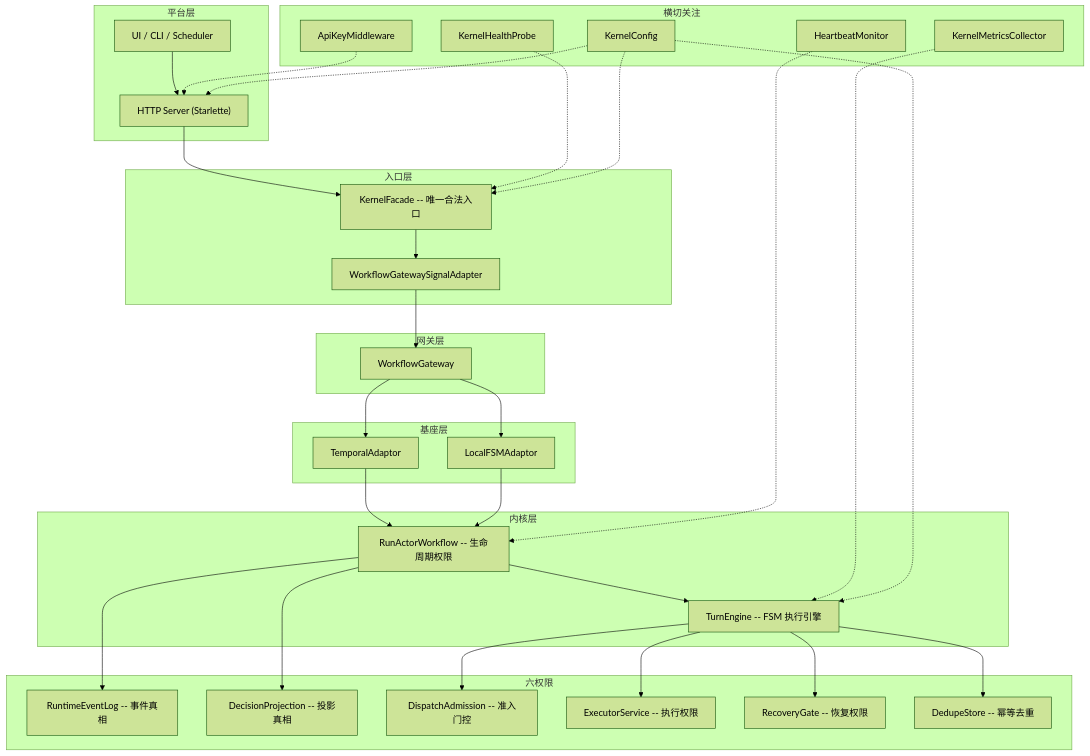
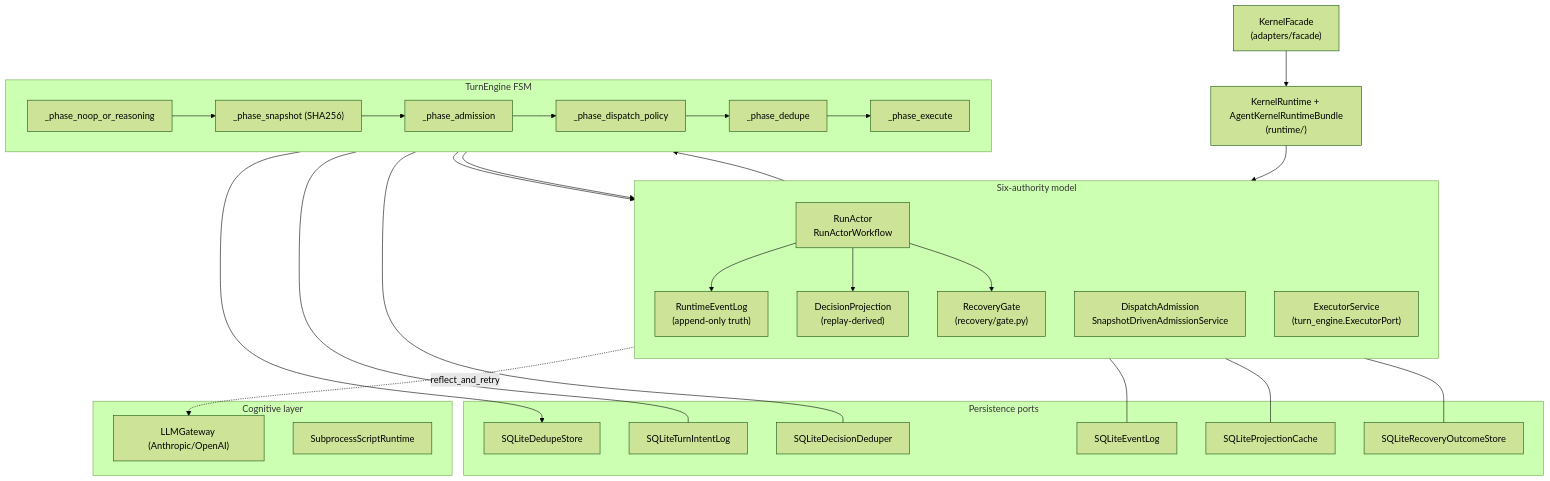
One commit to chaosxingxc-orion/hi-agent changed the second of 4 diagrams in agent_kernel/ARCHITECTURE.md. Above: the diagram before and after it, drawn with Mermaid (forest theme). The commit also changed other lines of this file and 25 other files, not shown here.

First line of the commit message:
[W35-corrective] Refresh ARCHITECTURE.md hierarchy + add missing READMEs

````diff
--- a/agent_kernel/ARCHITECTURE.md
+++ b/agent_kernel/ARCHITECTURE.md
@@ -16,66 +109,56 @@
 ```mermaid
-graph TB
-  subgraph Platform["平台层"]
-    UI["UI / CLI / Scheduler"]
-    HTTP["HTTP Server (Starlette)"]
+flowchart TB
+  KF["KernelFacade<br/>(adapters/facade)"]
+  RT["KernelRuntime + AgentKernelRuntimeBundle<br/>(runtime/)"]
+
+  subgraph six["Six-authority model"]
+    direction TB
+    RA["RunActor<br/>RunActorWorkflow"]
+    EL["RuntimeEventLog<br/>(append-only truth)"]
+    DP["DecisionProjection<br/>(replay-derived)"]
+    DA["DispatchAdmission<br/>SnapshotDrivenAdmissionService"]
+    EX["ExecutorService<br/>(turn_engine.ExecutorPort)"]
+    RG["RecoveryGate<br/>(recovery/gate.py)"]
   end
 
-  subgraph Facade["入口层"]
-    KF["KernelFacade -- 唯一合法入口"]
-    WA["WorkflowGatewaySignalAdapter"]
+  subgraph turn["TurnEngine FSM"]
+    direction LR
+    P1["_phase_noop_or_reasoning"]
+    P2["_phase_snapshot (SHA256)"]
+    P3["_phase_admission"]
+    P4["_phase_dispatch_policy"]
+    P5["_phase_dedupe"]
+    P6["_phase_execute"]
+    P1 --> P2 --> P3 --> P4 --> P5 --> P6
   end
 
-  subgraph Gateway["网关层"]
-    GW["WorkflowGateway"]
+  subgraph persist["Persistence ports"]
+    SEL["SQLiteEventLog"]
+    SDS["SQLiteDedupeStore"]
+    SDD["SQLiteDecisionDeduper"]
+    SROS["SQLiteRecoveryOutcomeStore"]
+    STIL["SQLiteTurnIntentLog"]
+    SPC["SQLiteProjectionCache"]
   end
 
-  subgraph Substrate["基座层"]
-    TP["TemporalAdaptor"]
-    LF["LocalFSMAdaptor"]
+  subgraph cog["Cognitive layer"]
+    LLMG["LLMGateway (Anthropic/OpenAI)"]
+    SR["SubprocessScriptRuntime"]
   end
 
-  subgraph Core["内核层"]
-    RA["RunActorWorkflow -- 生命周期权限"]
-    TE["TurnEngine -- FSM 执行引擎"]
-  end
-
-  subgraph Authorities["六权限"]
-    EL["RuntimeEventLog -- 事件真相"]
-    PJ["DecisionProjection -- 投影真相"]
-    AD["DispatchAdmission -- 准入门控"]
-    EX["ExecutorService -- 执行权限"]
-    RG["RecoveryGate -- 恢复权限"]
-    DD["DedupeStore -- 幂等去重"]
-  end
-
-  subgraph CrossCutting["横切关注"]
-    MT["KernelMetricsCollector"]
-    HB["HeartbeatMonitor"]
-    HP["KernelHealthProbe"]
-    AU["ApiKeyMiddleware"]
-    CF["KernelConfig"]
-  end
-
-  UI --> HTTP
-  HTTP --> KF
-  KF --> WA
-  WA --> GW
-  GW --> TP
-  GW --> LF
-  TP --> RA
-  LF --> RA
+  KF --> RT
+  RT --> RA
   RA --> EL
-  RA --> PJ
-  RA --> TE
-  TE --> AD
-  TE --> EX
-  TE --> RG
-  TE --> DD
-  MT -.-> TE
-  HB -.-> RA
-  HP -.-> KF
-  AU -.-> HTTP
-  CF -.-> KF
-  CF -.-> HTTP
-  CF -.-> TE
+  RA --> DP
+  RA --> turn
+  P3 --> DA
+  P5 --> SDS
+  P6 --> EX
+  RA --> RG
+  RG -.reflect_and_retry.-> LLMG
+  EL --- SEL
+  DP --- SPC
+  RG --- SROS
+  P1 --- STIL
+  P5 --- SDD
 ```
````
